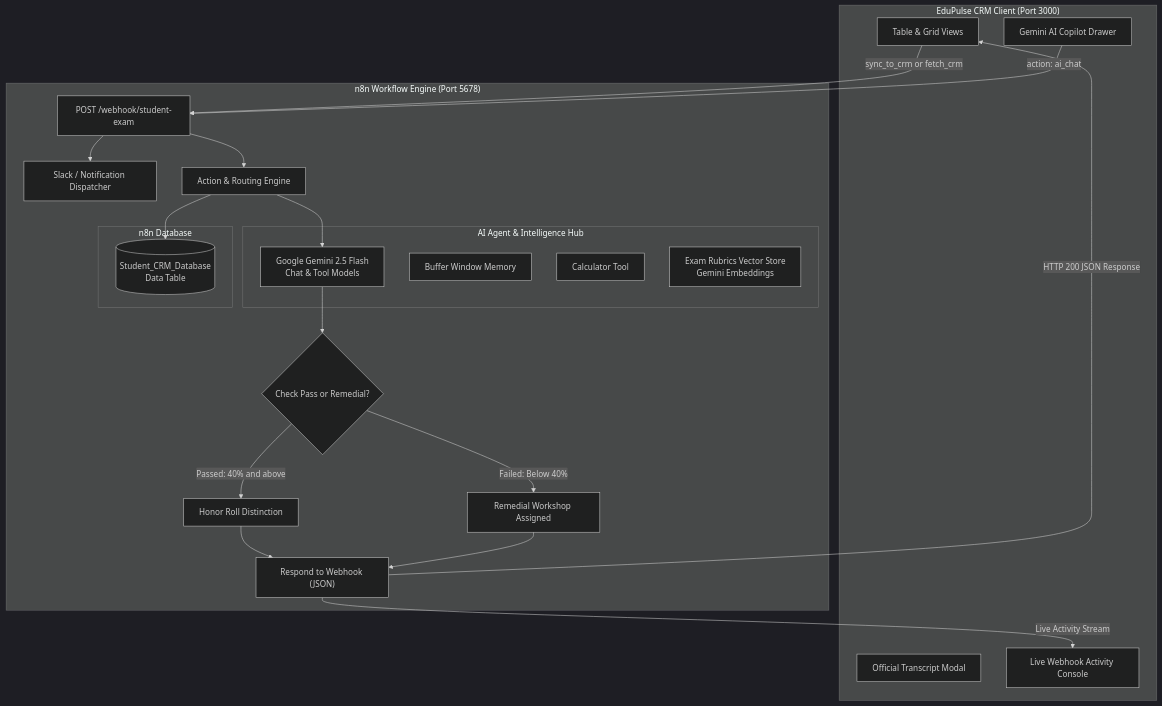
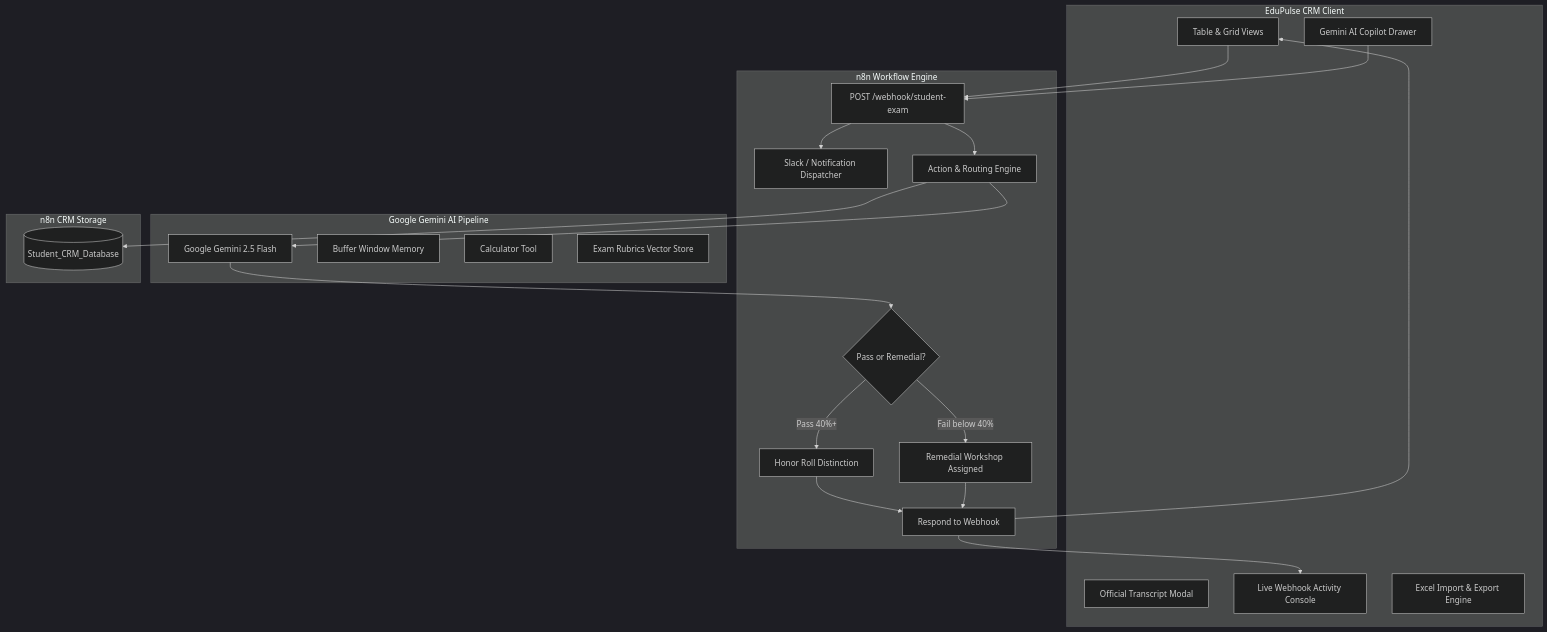
The diagram in README.md (Adityadwis-26/edupulse-crm-n8n), drawn with Mermaid (dark theme) before and after one commit. The commit also changed other lines of this file, not shown here.

Commit message:
fix(docs): fix Mermaid diagram rendering on GitHub and document Excel import

````diff
--- a/README.md
+++ b/README.md
@@ -38,45 +39,45 @@
 ```mermaid
 flowchart TD
-    subgraph Client ["EduPulse CRM Client (Port 3000)"]
+    subgraph Client ["EduPulse CRM Client"]
         UI["Table & Grid Views"]
         Copilot["Gemini AI Copilot Drawer"]
         ReportModal["Official Transcript Modal"]
         Logger["Live Webhook Activity Console"]
+        Excel["Excel Import & Export Engine"]
     end
 
-    subgraph N8N ["n8n Workflow Engine (Port 5678)"]
+    subgraph N8N ["n8n Workflow Engine"]
         Webhook["POST /webhook/student-exam"]
         Dispatcher["Slack / Notification Dispatcher"]
         Router["Action & Routing Engine"]
-        
-        subgraph AI_Hub ["AI Agent & Intelligence Hub"]
-            Gemini["Google Gemini 2.5 Flash<br/>Chat & Tool Models"]
-            Memory["Buffer Window Memory"]
-            Calculator["Calculator Tool"]
-            VectorStore["Exam Rubrics Vector Store<br/>Gemini Embeddings"]
-        end
-
-        subgraph CRM_Storage ["n8n Database"]
-            CRM_DB[("Student_CRM_Database<br/>Data Table")]
-        end
-
-        Decider{"Check Pass or Remedial?"}
+        Decider{"Pass or Remedial?"}
         Merit["Honor Roll Distinction"]
         Remedial["Remedial Workshop Assigned"]
-        Responder["Respond to Webhook (JSON)"]
+        Responder["Respond to Webhook"]
     end
 
-    UI -->|sync_to_crm or fetch_crm| Webhook
-    Copilot -->|action: ai_chat| Webhook
+    subgraph AI_Hub ["Google Gemini AI Pipeline"]
+        Gemini["Google Gemini 2.5 Flash"]
+        Memory["Buffer Window Memory"]
+        Calculator["Calculator Tool"]
+        VectorStore["Exam Rubrics Vector Store"]
+    end
+
+    subgraph CRM_Storage ["n8n CRM Storage"]
+        CRM_DB[("Student_CRM_Database")]
+    end
+
+    UI --> Webhook
+    Copilot --> Webhook
     Webhook --> Dispatcher
     Webhook --> Router
     Router --> Gemini
     Router --> CRM_DB
     Gemini --> Decider
-    Decider -->|Passed: 40% and above| Merit
-    Decider -->|Failed: Below 40%| Remedial
+    Decider -->|Pass 40%+| Merit
+    Decider -->|Fail below 40%| Remedial
     Merit --> Responder
     Remedial --> Responder
-    Responder -->|HTTP 200 JSON Response| UI
-    Responder -->|Live Activity Stream| Logger
+    Responder --> UI
+    Responder --> Logger
 ```
````
